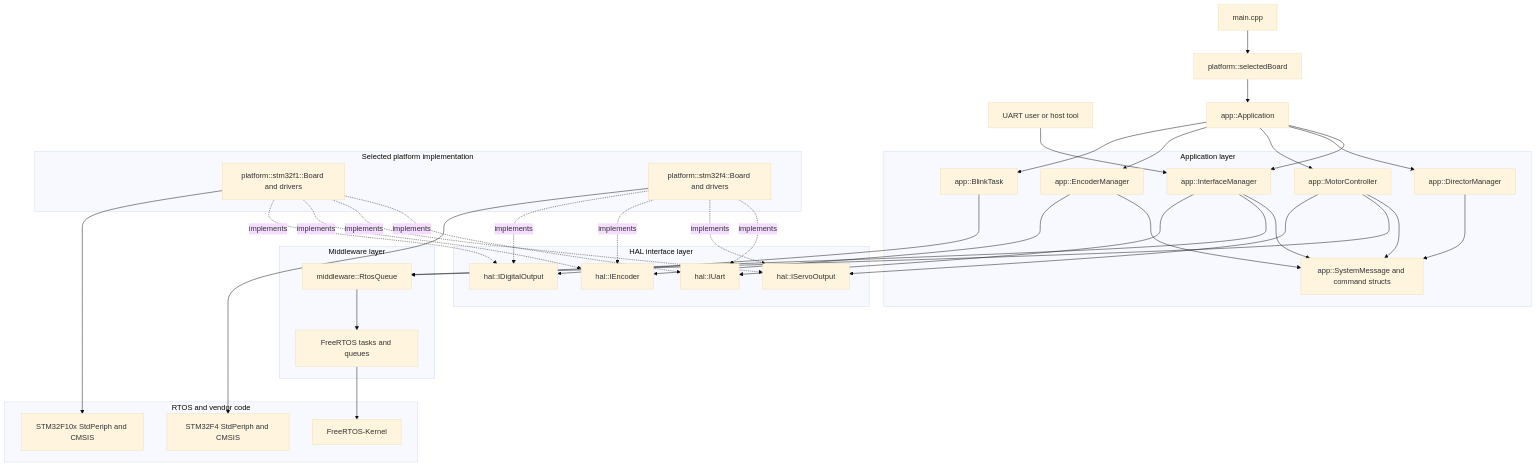
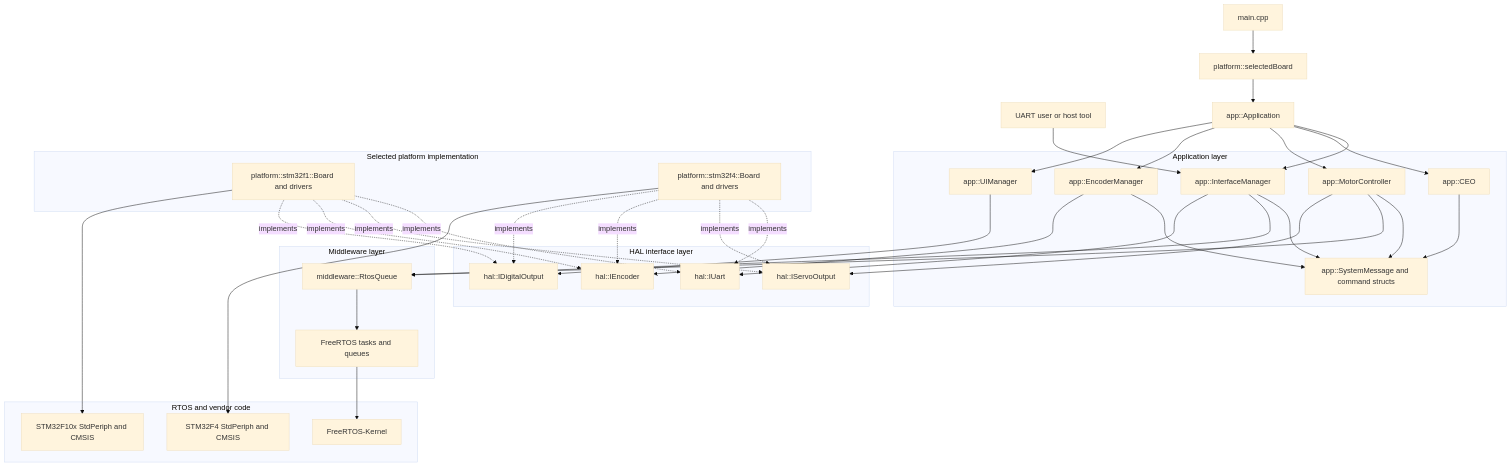
The first of 3 diagrams in docs_architecture.md (thanhduong8457/stm32f4), drawn with Mermaid (base theme) before and after one commit. The commit also changed other lines of this file and 18 other files, not shown here.

````diff
--- a/docs_architecture.md
+++ b/docs_architecture.md
@@ -21,76 +21,76 @@
 ```mermaid
 flowchart TB
     User[UART user or host tool]
     Main[main.cpp]
     SelectedBoard[platform::selectedBoard]
     Application[app::Application]
 
     subgraph AppLayer[Application layer]
         InterfaceManager[app::InterfaceManager]
-        DirectorManager[app::DirectorManager]
+        CEO[app::CEO]
         MotorController[app::MotorController]
         EncoderManager[app::EncoderManager]
-        BlinkTask[app::BlinkTask]
+        UIManager[app::UIManager]
         Messages[app::SystemMessage and command structs]
     end
 
     subgraph MiddlewareLayer[Middleware layer]
         RtosQueue[middleware::RtosQueue]
         FreeRTOSApi[FreeRTOS tasks and queues]
     end
 
     subgraph HalLayer[HAL interface layer]
         IUart[hal::IUart]
         IServoOutput[hal::IServoOutput]
         IEncoder[hal::IEncoder]
         IDigitalOutput[hal::IDigitalOutput]
     end
 
     subgraph PlatformLayer[Selected platform implementation]
         F1Board[platform::stm32f1::Board and drivers]
         F4Board[platform::stm32f4::Board and drivers]
     end
 
     subgraph VendorLayer[RTOS and vendor code]
         FreeRTOS[FreeRTOS-Kernel]
         F1Vendor[STM32F10x StdPeriph and CMSIS]
         F4Vendor[STM32F4 StdPeriph and CMSIS]
     end
 
     User --> InterfaceManager
     Main --> SelectedBoard
     SelectedBoard --> Application
     Application --> InterfaceManager
-    Application --> DirectorManager
+    Application --> CEO
     Application --> MotorController
     Application --> EncoderManager
-    Application --> BlinkTask
+    Application --> UIManager
 
     InterfaceManager --> Messages
-    DirectorManager --> Messages
+    CEO --> Messages
     MotorController --> Messages
     EncoderManager --> Messages
 
     InterfaceManager --> RtosQueue
     MotorController --> RtosQueue
     RtosQueue --> FreeRTOSApi
     FreeRTOSApi --> FreeRTOS
 
     InterfaceManager --> IUart
     MotorController --> IServoOutput
     EncoderManager --> IEncoder
-    BlinkTask --> IDigitalOutput
+    UIManager --> IDigitalOutput
 
     F1Board -. implements .-> IUart
     F1Board -. implements .-> IServoOutput
     F1Board -. implements .-> IEncoder
     F1Board -. implements .-> IDigitalOutput
 
     F4Board -. implements .-> IUart
     F4Board -. implements .-> IServoOutput
     F4Board -. implements .-> IEncoder
     F4Board -. implements .-> IDigitalOutput
 
     F1Board --> F1Vendor
     F4Board --> F4Vendor
 ```
````
